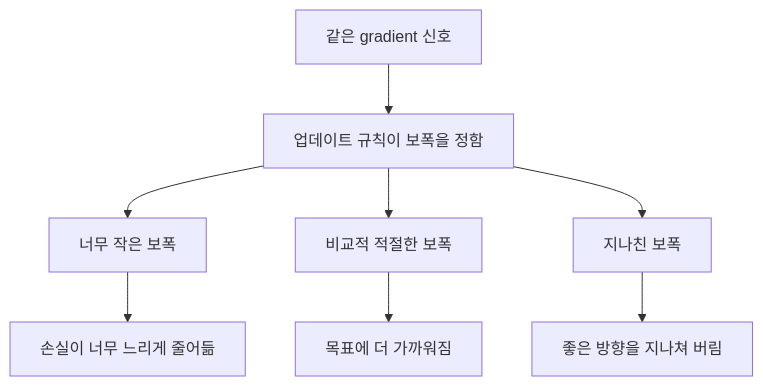
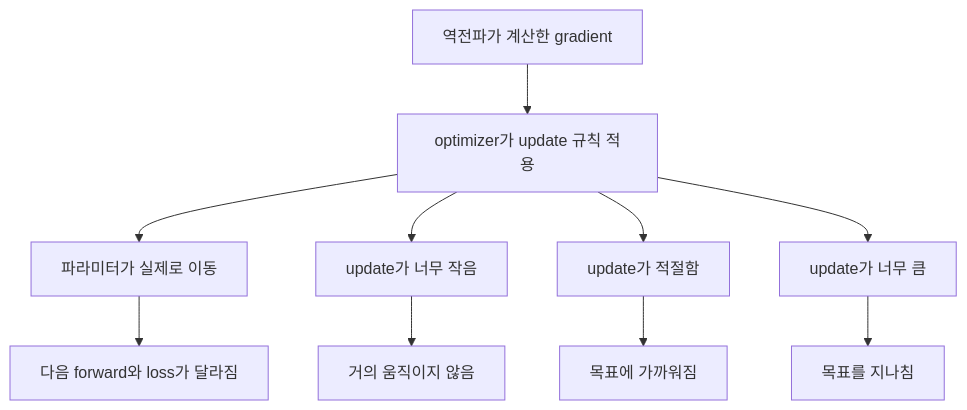
The diagram in docs/assets/part-05/chapter-07/optimizer-step-bridge-ko.mmd (devchan64/AiBook), drawn with Mermaid before and after one commit. The commit also changed 10 other files, not shown here.

```diff
--- a/docs/assets/part-05/chapter-07/optimizer-step-bridge-ko.mmd
+++ b/docs/assets/part-05/chapter-07/optimizer-step-bridge-ko.mmd
@@ -1,9 +1,12 @@
 flowchart TD
-    A[같은 gradient 신호] --> B[업데이트 규칙이 보폭을 정함]
-    B --> C[너무 작은 보폭]
-    B --> D[비교적 적절한 보폭]
-    B --> E[지나친 보폭]
+    A[역전파가 계산한 gradient] --> B[optimizer가 update 규칙 적용]
+    B --> C[파라미터가 실제로 이동]
+    C --> D[다음 forward와 loss가 달라짐]
 
-    C --> F[손실이 너무 느리게 줄어듦]
-    D --> G[목표에 더 가까워짐]
-    E --> H[좋은 방향을 지나쳐 버림]
+    B --> E[update가 너무 작음]
+    B --> F[update가 적절함]
+    B --> G[update가 너무 큼]
+
+    E --> H[거의 움직이지 않음]
+    F --> I[목표에 가까워짐]
+    G --> J[목표를 지나침]
```
